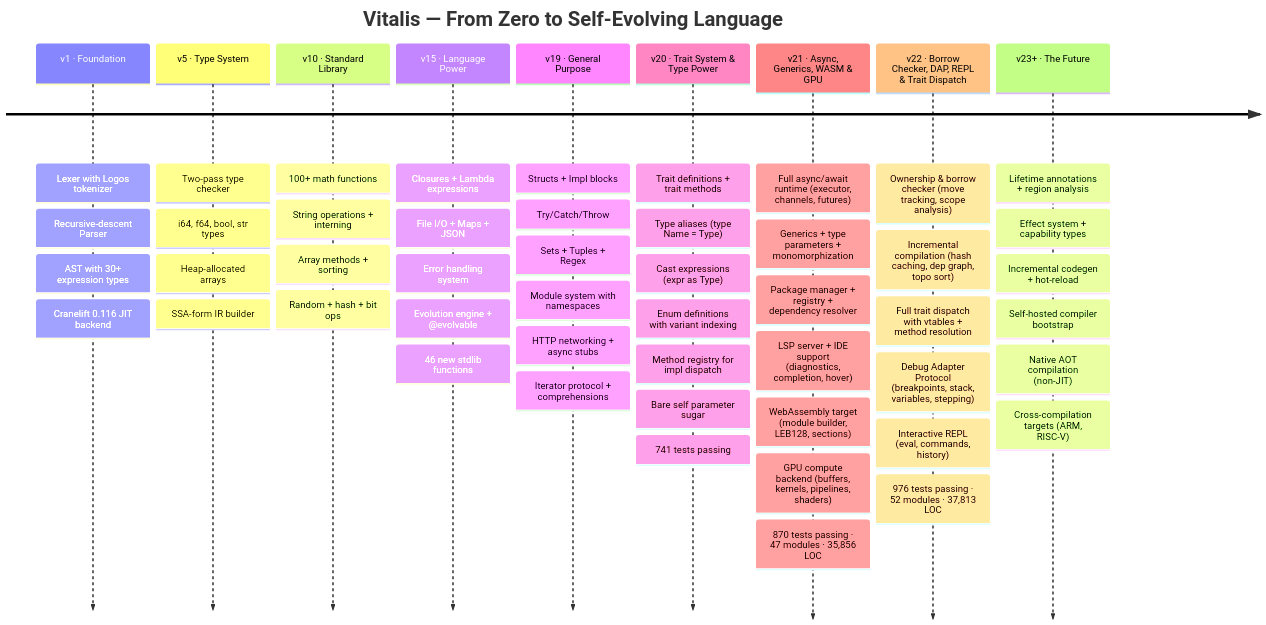
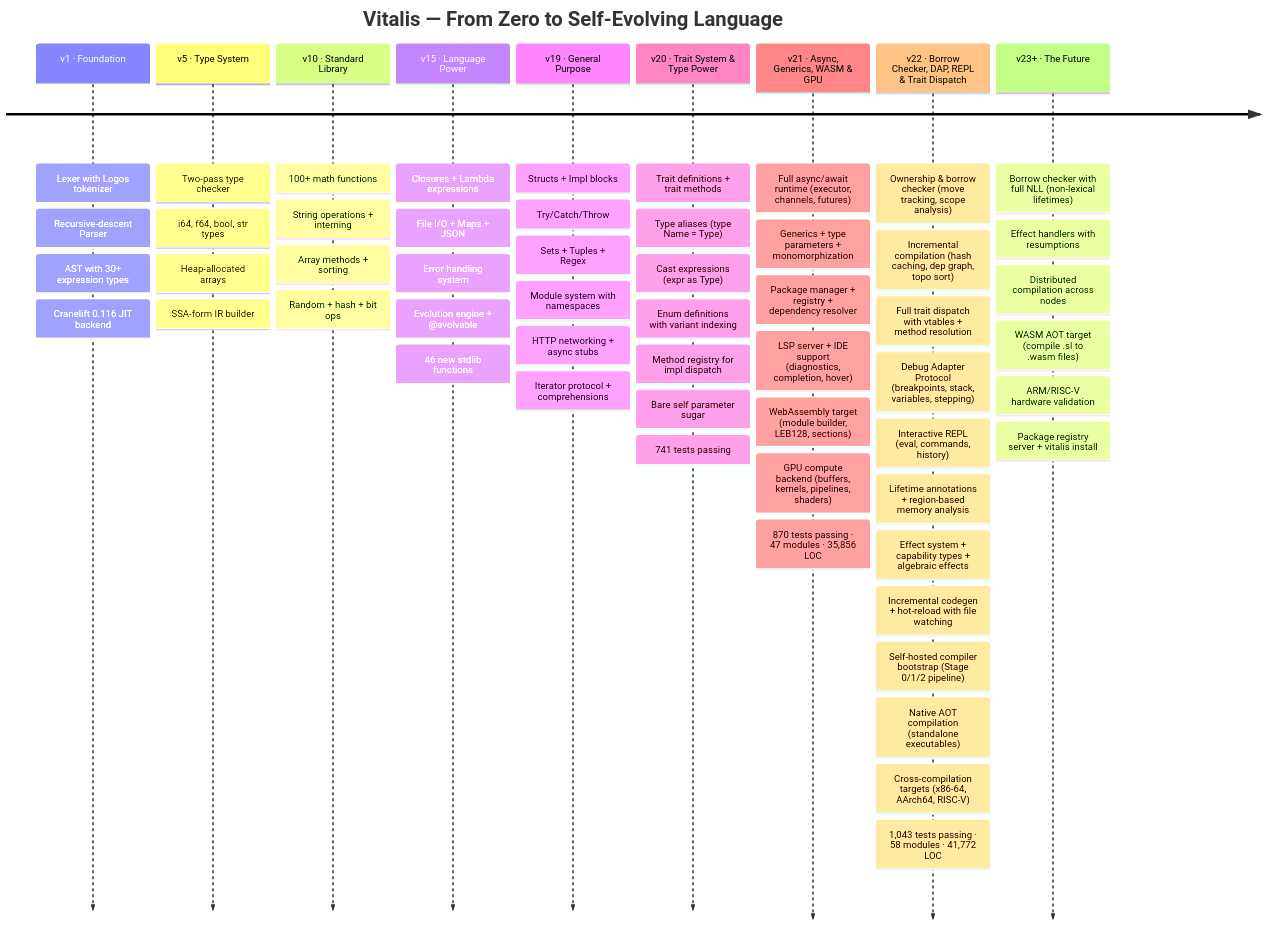
One commit to ModernOps888/vitalis changed the seventh of 7 diagrams in README.md. Above: the diagram before and after it, drawn with Mermaid. The commit also changed other lines of this file and 9 other files, not shown here.

First line of the commit message:
v22: Lifetime analysis, effect system, hot-reload, bootstrap, AOT, cross-compilation

````diff
--- a/README.md
+++ b/README.md
@@ -939,71 +991,77 @@
 ```mermaid
 timeline
     title Vitalis — From Zero to Self-Evolving Language
 
     v1 · Foundation
         : Lexer with Logos tokenizer
         : Recursive-descent Parser
         : AST with 30+ expression types
         : Cranelift 0.116 JIT backend
 
     v5 · Type System
         : Two-pass type checker
         : i64, f64, bool, str types
         : Heap-allocated arrays
         : SSA-form IR builder
 
     v10 · Standard Library
         : 100+ math functions
         : String operations + interning
         : Array methods + sorting
         : Random + hash + bit ops
 
     v15 · Language Power
         : Closures + Lambda expressions
         : File I/O + Maps + JSON
         : Error handling system
         : Evolution engine + @evolvable
         : 46 new stdlib functions
 
     v19 · General Purpose
         : Structs + Impl blocks
         : Try/Catch/Throw
         : Sets + Tuples + Regex
         : Module system with namespaces
         : HTTP networking + async stubs
         : Iterator protocol + comprehensions
 
     v20 · Trait System & Type Power
         : Trait definitions + trait methods
         : Type aliases (type Name = Type)
         : Cast expressions (expr as Type)
         : Enum definitions with variant indexing
         : Method registry for impl dispatch
         : Bare self parameter sugar
         : 741 tests passing
 
     v21 · Async, Generics, WASM & GPU
         : Full async/await runtime (executor, channels, futures)
         : Generics + type parameters + monomorphization
         : Package manager + registry + dependency resolver
         : LSP server + IDE support (diagnostics, completion, hover)
         : WebAssembly target (module builder, LEB128, sections)
         : GPU compute backend (buffers, kernels, pipelines, shaders)
         : 870 tests passing · 47 modules · 35,856 LOC
 
     v22 · Borrow Checker, DAP, REPL & Trait Dispatch
         : Ownership & borrow checker (move tracking, scope analysis)
         : Incremental compilation (hash caching, dep graph, topo sort)
         : Full trait dispatch with vtables + method resolution
         : Debug Adapter Protocol (breakpoints, stack, variables, stepping)
         : Interactive REPL (eval, commands, history)
-        : 976 tests passing · 52 modules · 37,813 LOC
+        : Lifetime annotations + region-based memory analysis
+        : Effect system + capability types + algebraic effects
+        : Incremental codegen + hot-reload with file watching
+        : Self-hosted compiler bootstrap (Stage 0/1/2 pipeline)
+        : Native AOT compilation (standalone executables)
+        : Cross-compilation targets (x86-64, AArch64, RISC-V)
+        : 1,043 tests passing · 58 modules · 41,772 LOC
 
     v23+ · The Future
-        : Lifetime annotations + region analysis
-        : Effect system + capability types
-        : Incremental codegen + hot-reload
-        : Self-hosted compiler bootstrap
-        : Native AOT compilation (non-JIT)
-        : Cross-compilation targets (ARM, RISC-V)
+        : Borrow checker with full NLL (non-lexical lifetimes)
+        : Effect handlers with resumptions
+        : Distributed compilation across nodes
+        : WASM AOT target (compile .sl to .wasm files)
+        : ARM/RISC-V hardware validation
+        : Package registry server + vitalis install
 ```
````
